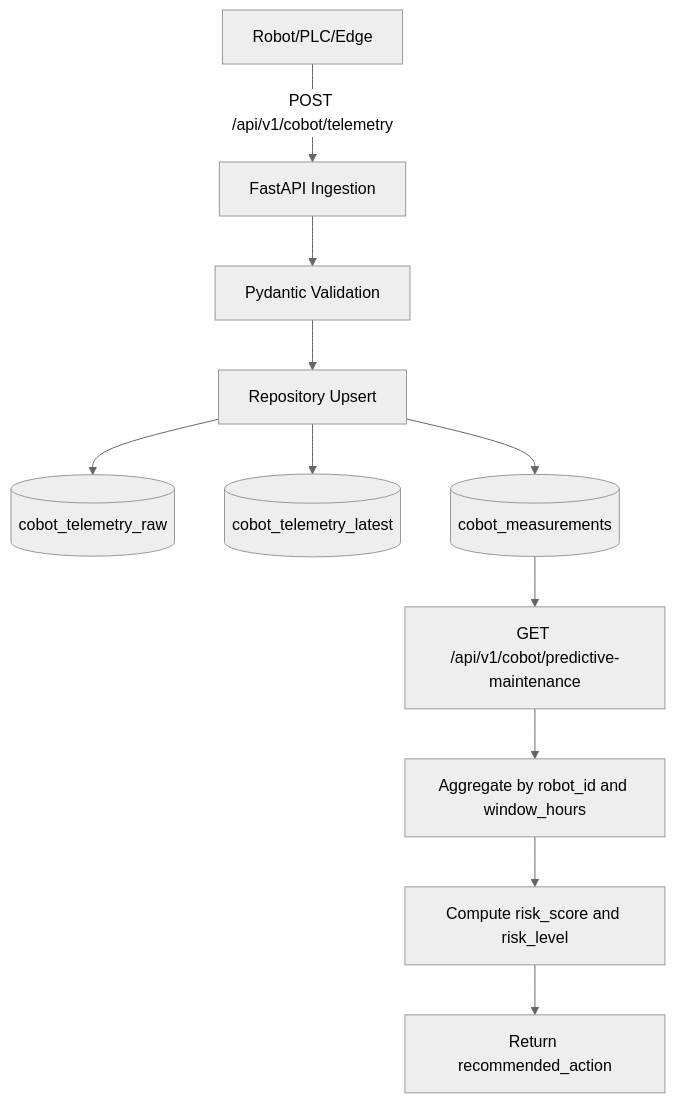
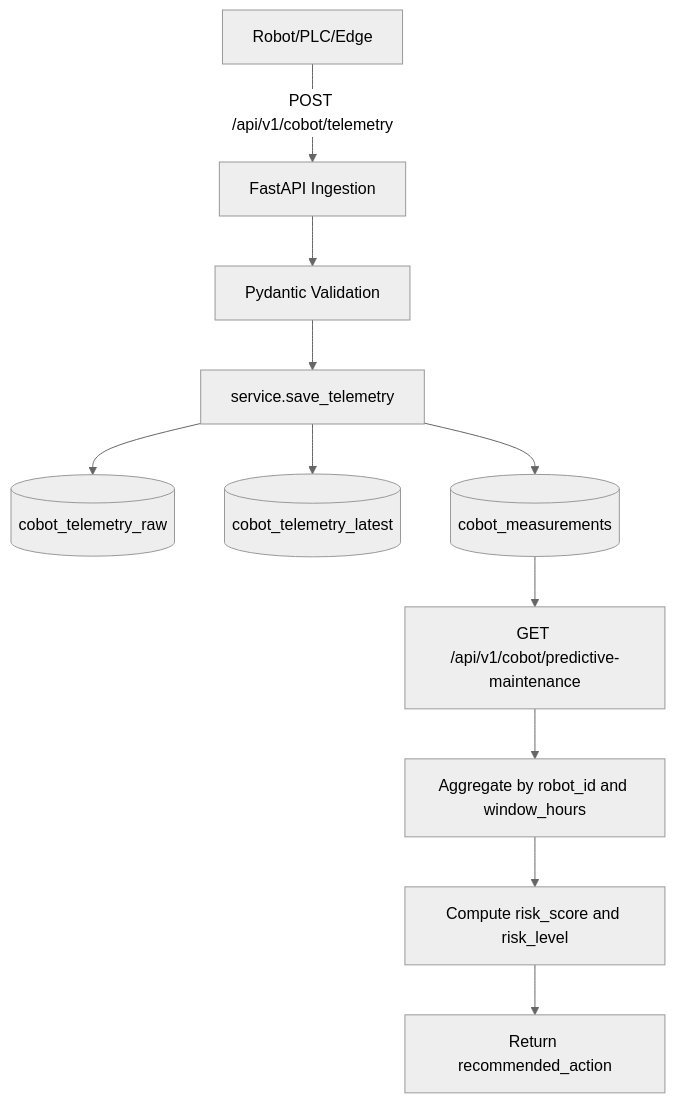
The diagram in docs/PREDICTIVE_MAINTENANCE.md (sumin-ma-1/catena-x-sw-sample), drawn with Mermaid (neutral theme) before and after one commit. The commit also changed other lines of this file and 7 other files, not shown here.

````diff
--- a/docs/PREDICTIVE_MAINTENANCE.md
+++ b/docs/PREDICTIVE_MAINTENANCE.md
@@ -75,13 +89,13 @@
 ```mermaid
 flowchart TD
     A[Robot/PLC/Edge] -->|POST /api/v1/cobot/telemetry| B[FastAPI Ingestion]
     B --> C[Pydantic Validation]
-    C --> D[Repository Upsert]
+    C --> D[service.save_telemetry]
     D --> E[(cobot_telemetry_raw)]
     D --> F[(cobot_telemetry_latest)]
     D --> G[(cobot_measurements)]
     G --> H[GET /api/v1/cobot/predictive-maintenance]
     H --> I[Aggregate by robot_id and window_hours]
     I --> J[Compute risk_score and risk_level]
     J --> K[Return recommended_action]
 ```
````
